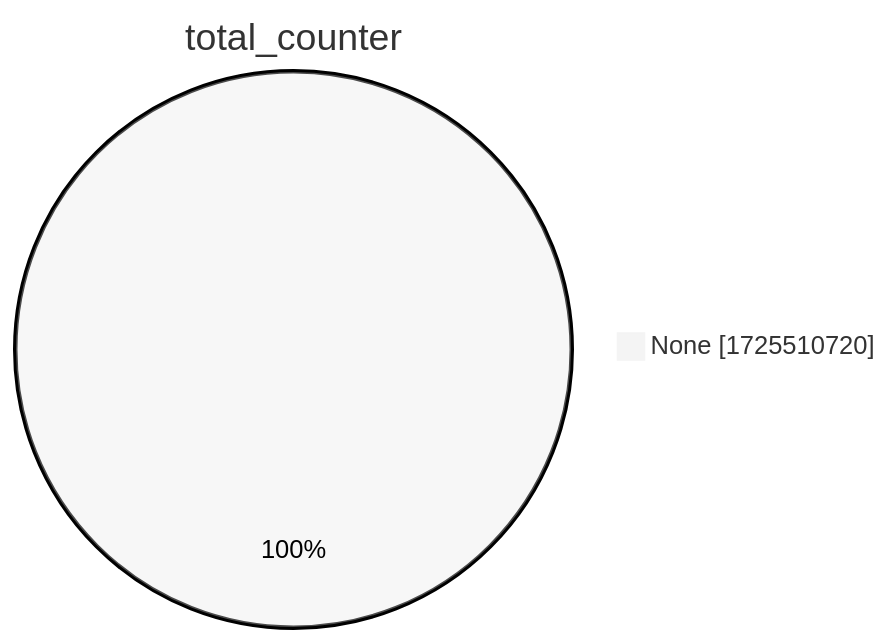
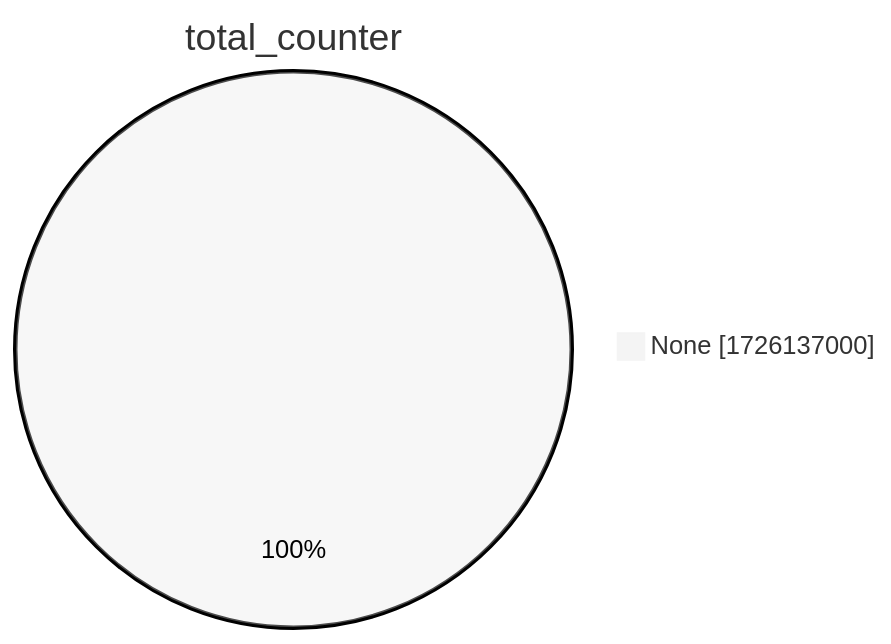
Before and after one commit to christiankrug/ctmonitor_visualization: the second of 15 diagrams in xenon2022/README.md, drawn with Mermaid (neutral theme). The commit also changed other lines of this file, not shown here.

````diff
--- a/xenon2022/README.md
+++ b/xenon2022/README.md
@@ -9,5 +9,5 @@
 ```mermaid
 pie showData
 title total_counter
-"None" :1725510720
+"None" :1726137000
 ```
````
